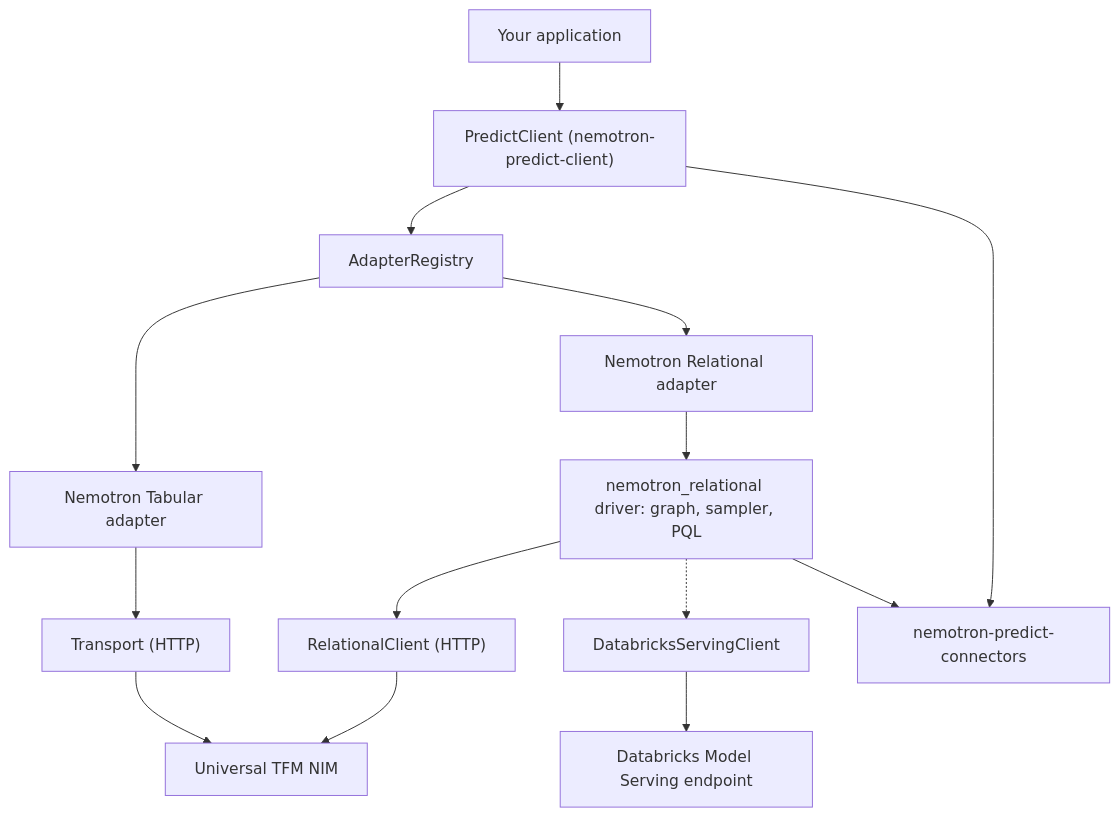
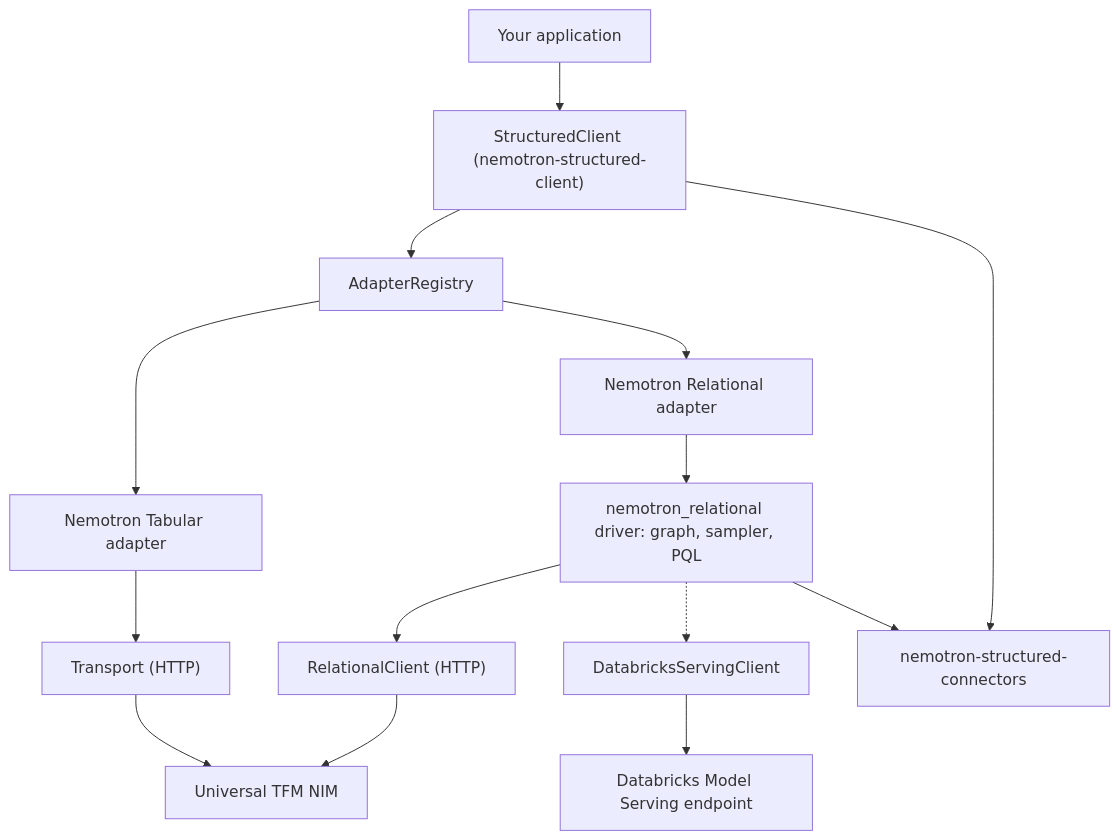
Before and after one commit to kumo-ai/kumo-relational-client: the diagram in docs/about/architecture.md, drawn with Mermaid. The commit also changed other lines of this file and 174 other files, not shown here.

````diff
--- a/docs/about/architecture.md
+++ b/docs/about/architecture.md
@@ -15,16 +15,16 @@
 ```mermaid
 flowchart TD
-    app["Your application"] --> client["PredictClient (nemotron-predict-client)"]
+    app["Your application"] --> client["StructuredClient (nemotron-structured-client)"]
     client --> registry["AdapterRegistry"]
     registry --> tabicl["Nemotron Tabular adapter"]
     registry --> rfm["Nemotron Relational adapter"]
     rfm --> driver["nemotron_relational driver: graph, sampler, PQL"]
     tabicl --> transport["Transport (HTTP)"]
     driver --> kumoclient["RelationalClient (HTTP)"]
     driver -.-> serving["DatabricksServingClient"]
     transport --> nim["Universal TFM NIM"]
     kumoclient --> nim
     serving --> endpoint["Databricks Model Serving endpoint"]
-    client --> connectors["nemotron-predict-connectors"]
+    client --> connectors["nemotron-structured-connectors"]
     driver --> connectors
 ```
````
